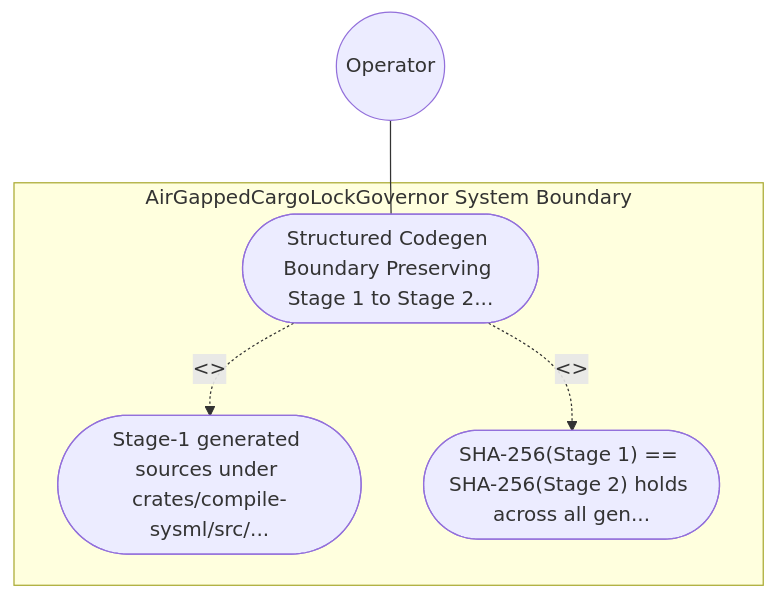
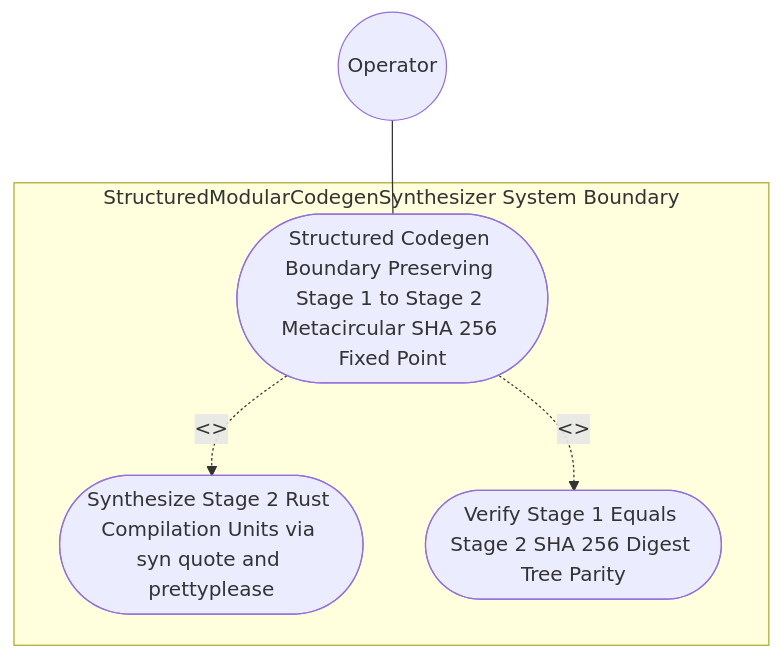
Before and after one commit to gintatkinson/DEAP01-spec-core: the first of 2 diagrams in .pipeline/upstream/docs/use-cases/UC-42-Structured_Codegen_Boundary_Preserving_Stage_1_to_Stage_2_Metacircular_SHA_256_Fixed_Point.md, drawn with Mermaid. The commit also changed other lines of this file and 225 other files, not shown here.

````diff
--- a/.pipeline/upstream/docs/use-cases/UC-42-Structured_Codegen_Boundary_Preserving_Stage_1_to_Stage_2_Metacircular_SHA_256_Fixed_Point.md
+++ b/.pipeline/upstream/docs/use-cases/UC-42-Structured_Codegen_Boundary_Preserving_Stage_1_to_Stage_2_Metacircular_SHA_256_Fixed_Point.md
@@ -16,11 +17,11 @@
 ```mermaid
 graph TD
-    subgraph "AirGappedCargoLockGovernor System Boundary"
-        UC_Main(["Structured Codegen Boundary Preserving Stage 1 to Stage 2..."])
-        UC_Step01(["Stage-1 generated sources under crates/compile-sysml/src/..."])
-        UC_Step02(["SHA-256(Stage 1) == SHA-256(Stage 2) holds across all gen..."])
+    subgraph "StructuredModularCodegenSynthesizer System Boundary"
+        UC_Main(["Structured Codegen Boundary Preserving Stage 1 to Stage 2 Metacircular SHA 256 Fixed Point"])
+        UC_Step01(["Synthesize Stage 2 Rust Compilation Units via syn quote and prettyplease"])
+        UC_Step02(["Verify Stage 1 Equals Stage 2 SHA 256 Digest Tree Parity"])
     end
     Operator(("Operator")) --- UC_Main
     UC_Main -. "<<include>>" .-> UC_Step01
     UC_Main -. "<<include>>" .-> UC_Step02
 ```
````
